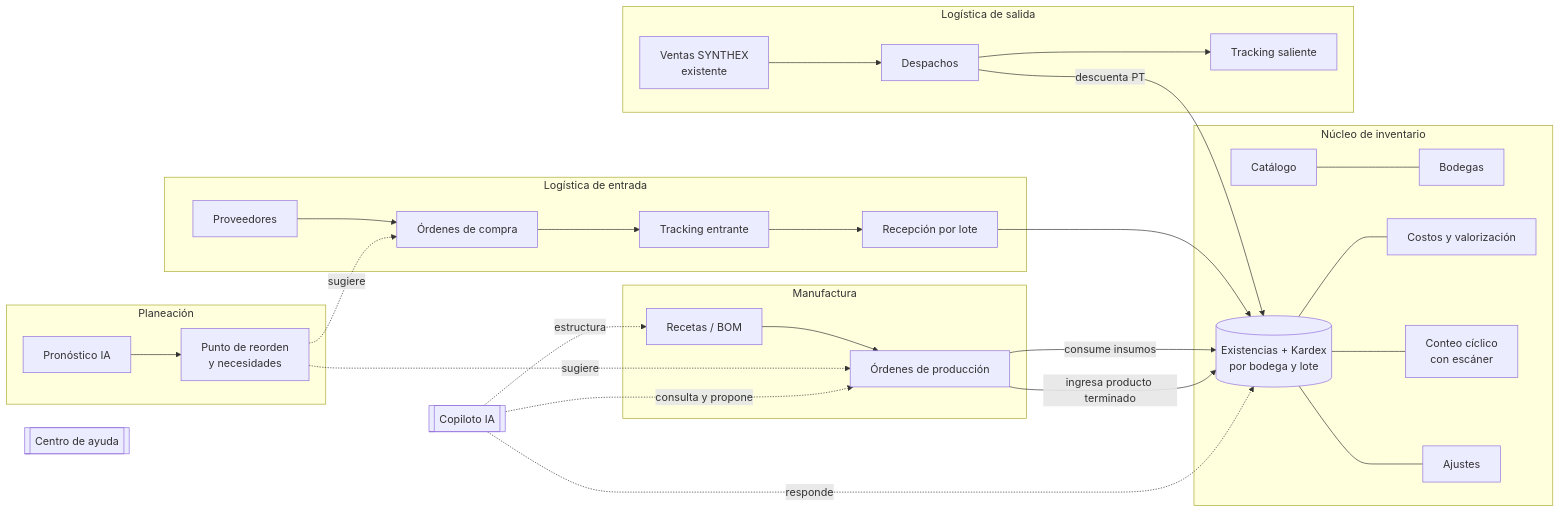
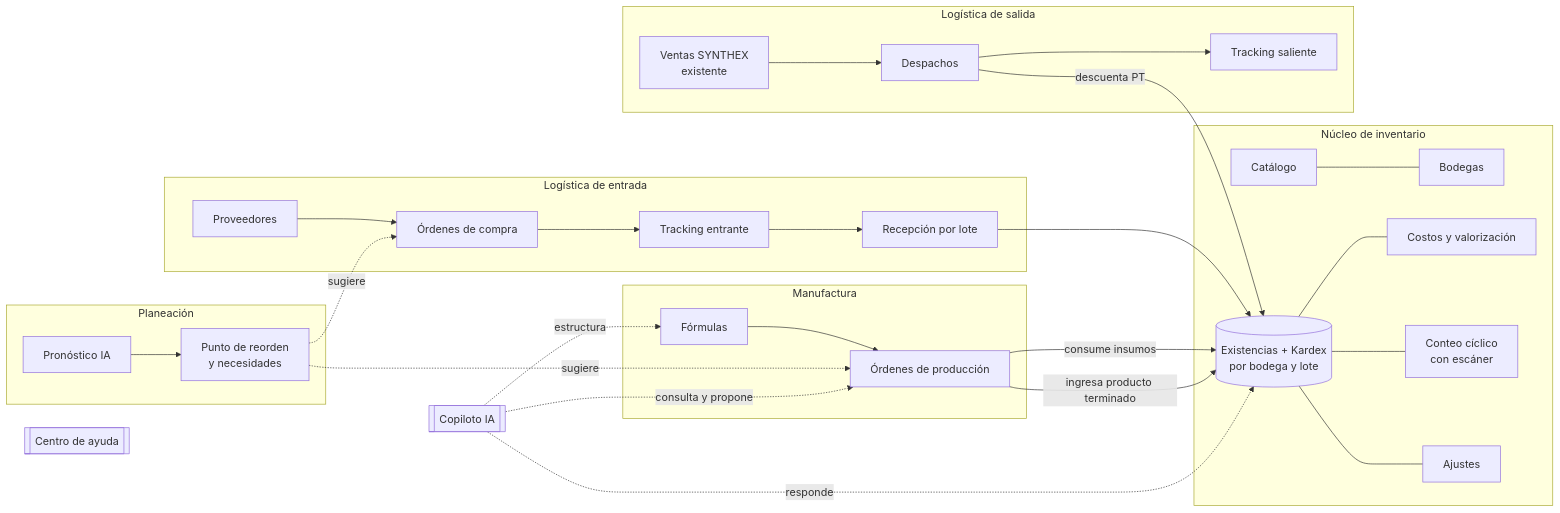
Before and after one commit to juligomez-ai/Prueba-inventariof: the first of 6 diagrams in README.md, drawn with Mermaid. The commit also changed other lines of this file, not shown here.

First line of the commit message:
docs: simplificar fórmulas (receta) para el MVP y pasar multinivel y versiones a Fase 2

````diff
--- a/README.md
+++ b/README.md
@@ -165,34 +163,34 @@
 ```mermaid
 flowchart LR
   subgraph LOG["Logística de entrada"]
     PROV[Proveedores] --> OC[Órdenes de compra]
     OC --> TRK_IN[Tracking entrante]
     TRK_IN --> REC[Recepción por lote]
   end
   subgraph INV["Núcleo de inventario"]
     CAT[Catálogo] --- BOD[Bodegas]
     REC --> KDX[(Existencias + Kardex<br/>por bodega y lote)]
     KDX --- COST[Costos y valorización]
     KDX --- CC[Conteo cíclico<br/>con escáner]
     KDX --- AJ[Ajustes]
   end
   subgraph MFG["Manufactura"]
-    RCP[Recetas / BOM] --> OP[Órdenes de producción]
+    RCP[Fórmulas] --> OP[Órdenes de producción]
     OP -- consume insumos --> KDX
     OP -- ingresa producto terminado --> KDX
   end
   subgraph OUT["Logística de salida"]
     VTA[Ventas SYNTHEX<br/>existente] --> DSP[Despachos]
     DSP -- descuenta PT --> KDX
     DSP --> TRK_OUT[Tracking saliente]
   end
   subgraph PLAN["Planeación"]
     FC[Pronóstico IA] --> ROP[Punto de reorden<br/>y necesidades]
     ROP -. sugiere .-> OC
     ROP -. sugiere .-> OP
   end
   AI[[Copiloto IA]] -. consulta y propone .-> OP
   AI -. estructura .-> RCP
   AI -. responde .-> KDX
   HELP[[Centro de ayuda]]
 ```
````
